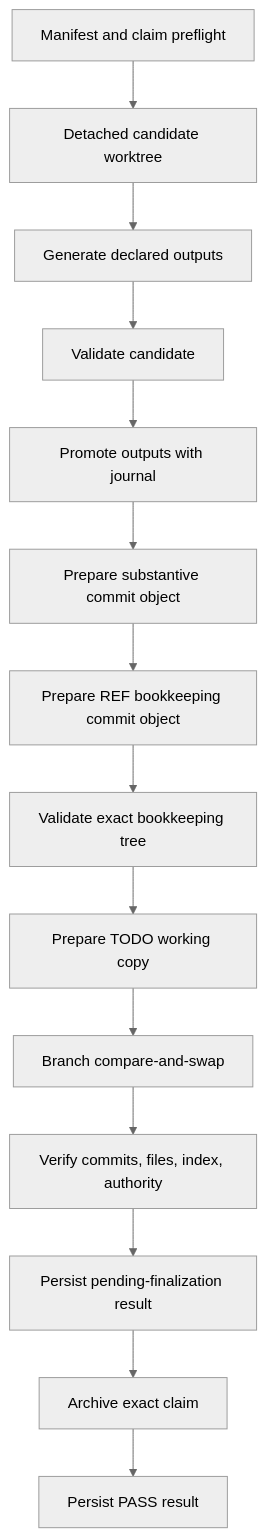
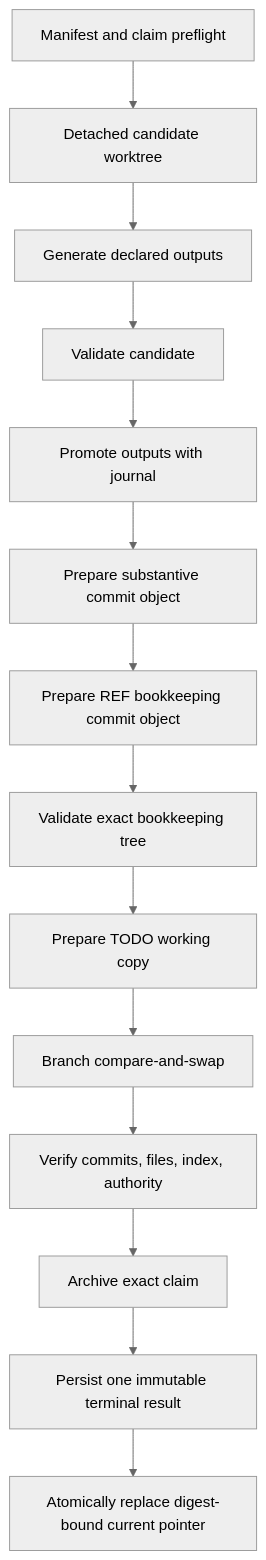
One commit to 2b-rs/autodocs changed the diagram in docs/pipeline/runner-transaction.md. Above: the diagram before and after it, drawn with Mermaid (neutral theme). The commit also changed other lines of this file and 3 other files, not shown here.

First line of the commit message:
feat(0038-10): persist immutable attempt results

````diff
--- a/docs/pipeline/runner-transaction.md
+++ b/docs/pipeline/runner-transaction.md
@@ -183,16 +183,16 @@
 ```mermaid
 flowchart TD
     A[Manifest and claim preflight] --> B[Detached candidate worktree]
     B --> C[Generate declared outputs]
     C --> D[Validate candidate]
     D --> E[Promote outputs with journal]
     E --> F[Prepare substantive commit object]
     F --> G[Prepare REF bookkeeping commit object]
     G --> H[Validate exact bookkeeping tree]
     H --> I[Prepare TODO working copy]
     I --> J[Branch compare-and-swap]
     J --> K[Verify commits, files, index, authority]
-    K --> L[Persist pending-finalization result]
-    L --> M[Archive exact claim]
-    M --> N[Persist PASS result]
+    K --> L[Archive exact claim]
+    L --> M[Persist one immutable terminal result]
+    M --> N[Atomically replace digest-bound current pointer]
 ```
````
